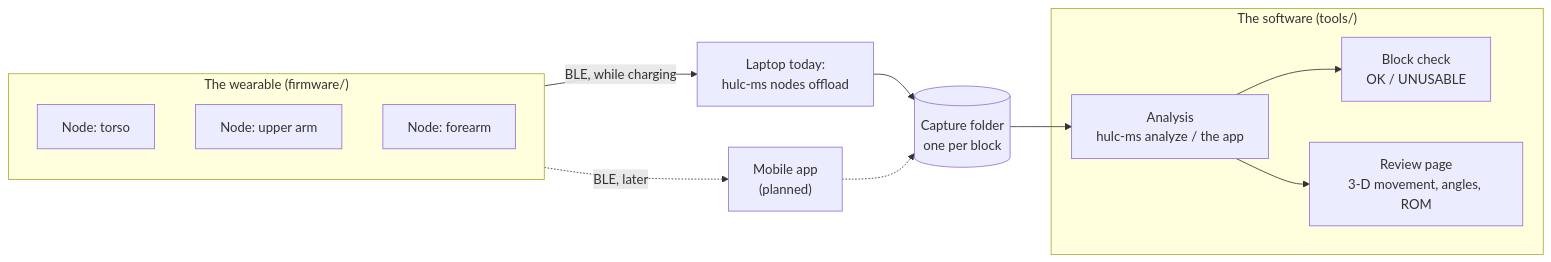
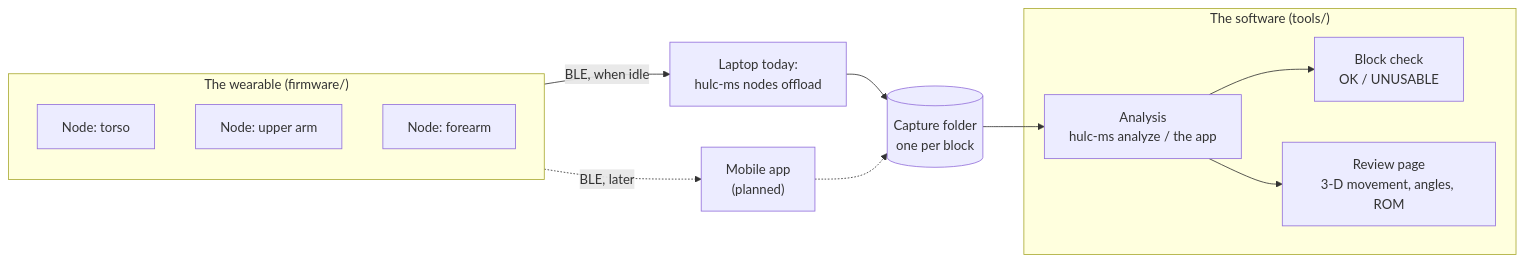
The diagram in README.md (Jamie215/HULC_motionshirt), drawn with Mermaid before and after one commit. The commit also changed other lines of this file and 3 other files, not shown here.

First line of the commit message:
SOP: offload when idle, command options, clearer timings; your edits

````diff
--- a/README.md
+++ b/README.md
@@ -13,21 +13,21 @@
 ```mermaid
 flowchart LR
     subgraph W["The wearable (firmware/)"]
         N1["Node: torso"]
         N2["Node: upper arm"]
         N3["Node: forearm"]
     end
     L["Laptop today:<br/>hulc-ms nodes offload"]
     M["Mobile app<br/>(planned)"]
     C[("Capture folder<br/>one per block")]
     subgraph S["The software (tools/)"]
         A["Analysis<br/>hulc-ms analyze / the app"]
         B["Block check<br/>OK / UNUSABLE"]
         V["Review page<br/>3-D movement, angles, ROM"]
     end
-    W -- "BLE, while charging" --> L
+    W -- "BLE, when idle" --> L
     W -. "BLE, later" .-> M
     L --> C
     M -.-> C
     C --> A --> B & V
 ```
````
